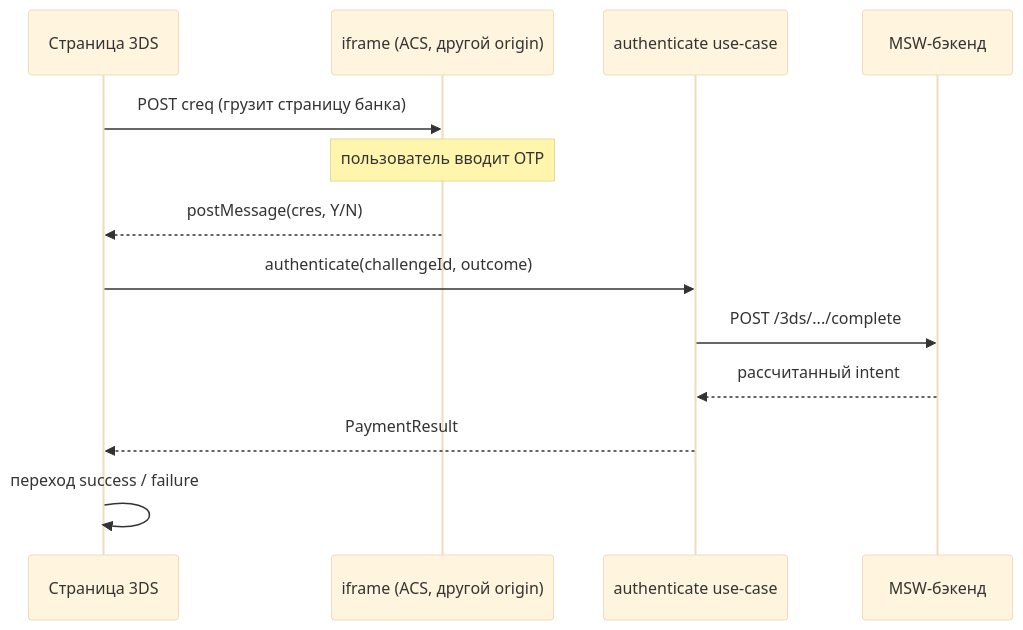
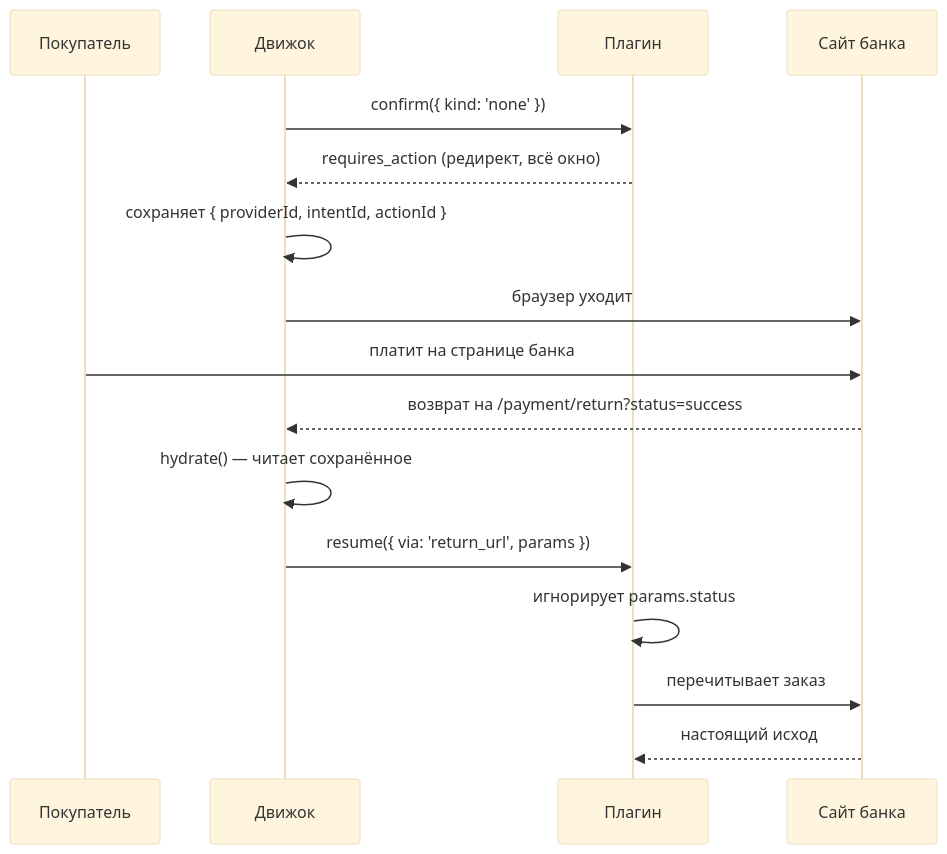
Before and after one commit to themafia98/payment-gateway: the third of 3 diagrams in docs/architecture.ru.md, drawn with Mermaid (base theme). The commit also changed other lines of this file and 4 other files, not shown here.

````diff
--- a/docs/architecture.ru.md
+++ b/docs/architecture.ru.md
@@ -141,15 +141,19 @@
 ```mermaid
 sequenceDiagram
-    participant P as Страница 3DS
-    participant I as iframe (ACS, другой origin)
-    participant UC as authenticate use-case
-    participant B as MSW-бэкенд
-    P->>I: POST creq (грузит страницу банка)
-    Note over I: пользователь вводит OTP
-    I-->>P: postMessage(cres, Y/N)
-    P->>UC: authenticate(challengeId, outcome)
-    UC->>B: POST /3ds/.../complete
-    B-->>UC: рассчитанный intent
-    UC-->>P: PaymentResult
-    P->>P: переход success / failure
+    participant S as Покупатель
+    participant E as Движок
+    participant P as Плагин
+    participant B as Сайт банка
+
+    E->>P: confirm({ kind: 'none' })
+    P-->>E: requires_action (редирект, всё окно)
+    E->>E: сохраняет { providerId, intentId, actionId }
+    E->>B: браузер уходит
+    S->>B: платит на странице банка
+    B-->>E: возврат на /payment/return?status=success
+    E->>E: hydrate() — читает сохранённое
+    E->>P: resume({ via: 'return_url', params })
+    P->>P: игнорирует params.status
+    P->>B: перечитывает заказ
+    B-->>P: настоящий исход
 ```
````
